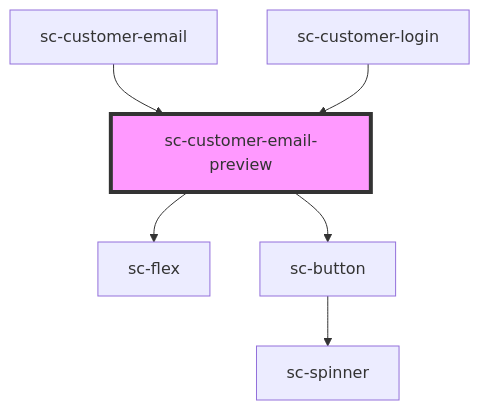
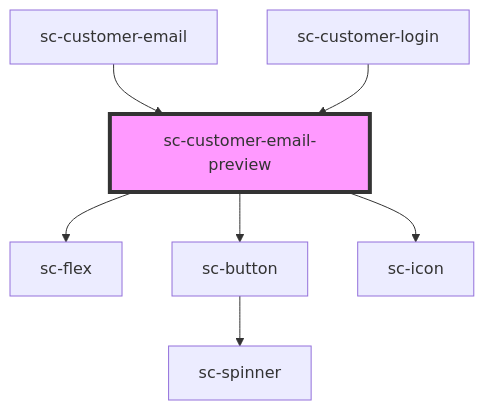
Before and after one commit to surecart/surecart-wp-plugin: the diagram in packages/components/src/components/controllers/checkout-form/customer-email-preview/readme.md, drawn with Mermaid. The commit also changed other lines of this file and 14 other files, not shown here.

````diff
--- a/packages/components/src/components/controllers/checkout-form/customer-email-preview/readme.md
+++ b/packages/components/src/components/controllers/checkout-form/customer-email-preview/readme.md
@@ -21,9 +22,10 @@
 ```mermaid
 graph TD;
   sc-customer-email-preview --> sc-flex
   sc-customer-email-preview --> sc-button
+  sc-customer-email-preview --> sc-icon
   sc-button --> sc-spinner
   sc-customer-email --> sc-customer-email-preview
   sc-customer-login --> sc-customer-email-preview
   style sc-customer-email-preview fill:#f9f,stroke:#333,stroke-width:4px
 ```
````
